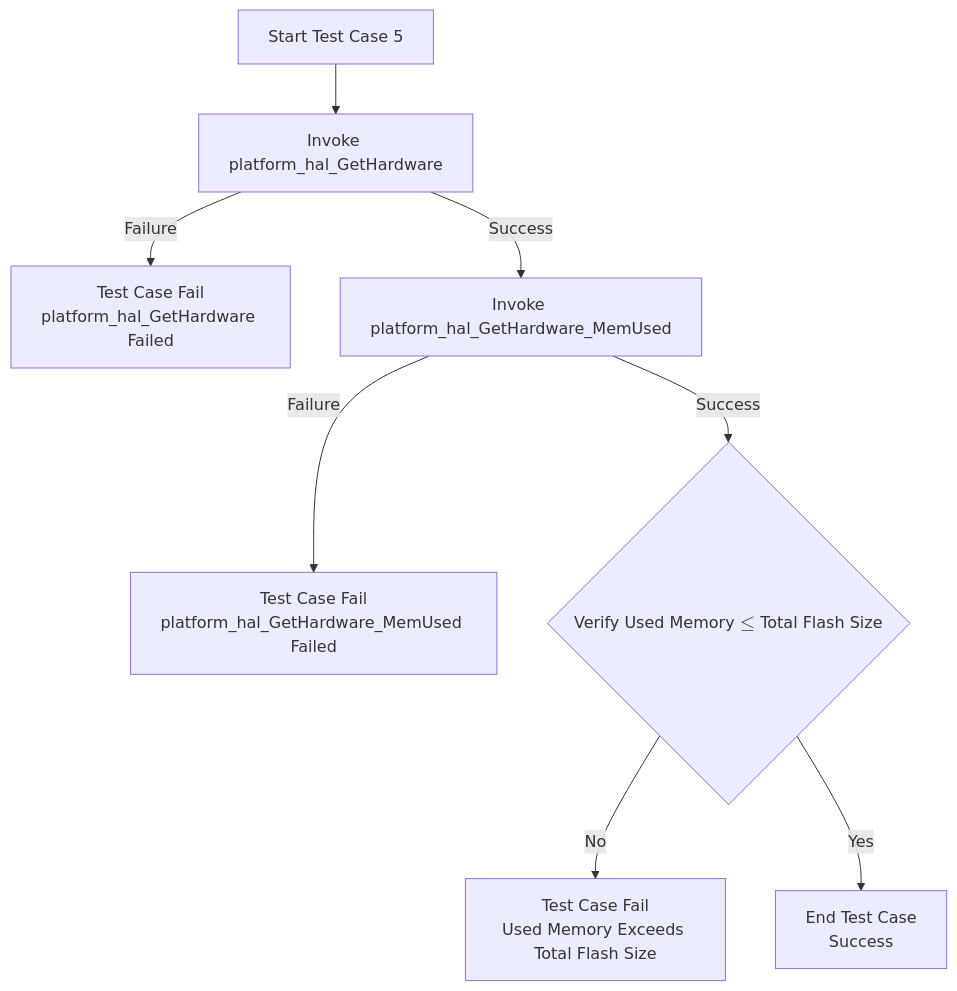
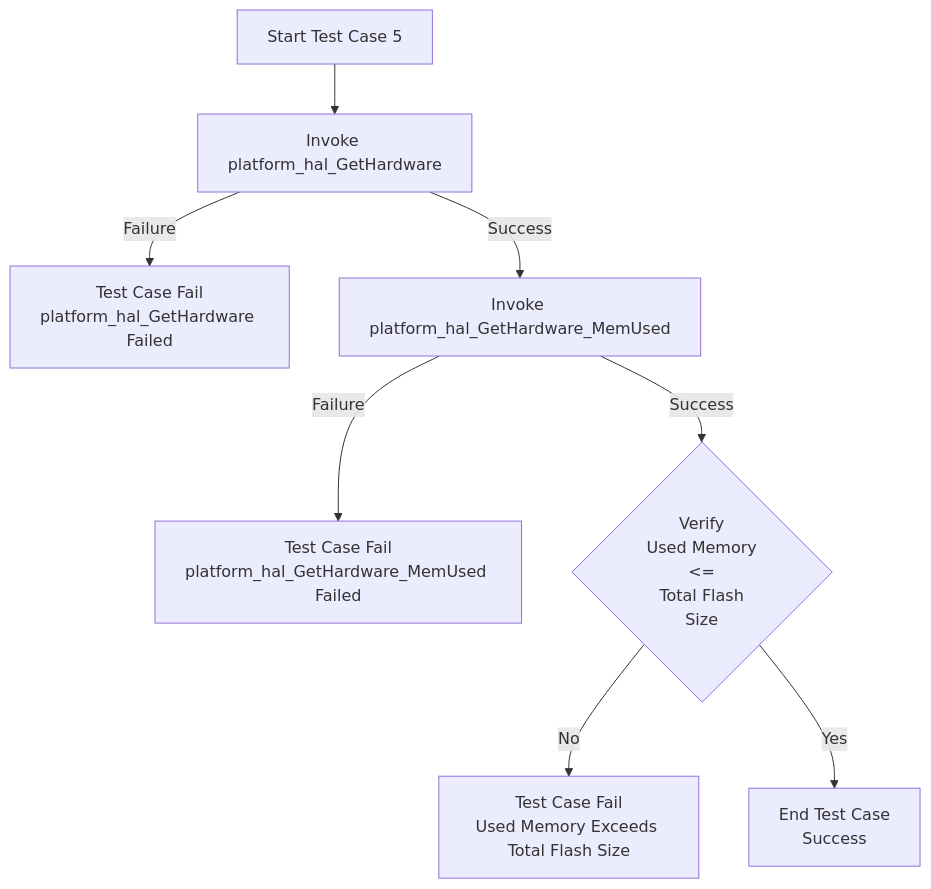
One commit to rdkcentral/rdkb-halif-test-platform changed the fifth of 14 diagrams in docs/pages/platform_hal_mermaid.md. Above: the diagram before and after it, drawn with Mermaid.

````diff
--- a/docs/pages/platform_hal_mermaid.md
+++ b/docs/pages/platform_hal_mermaid.md
@@ -67,10 +67,10 @@
 ```mermaid
 flowchart TD
     A[Start Test Case 5] --> B[Invoke platform_hal_GetHardware]
     B -->|Failure| X[Test Case Fail<br>platform_hal_GetHardware Failed]
     B -->|Success| C[Invoke platform_hal_GetHardware_MemUsed]
     C -->|Failure| Y[Test Case Fail<br>platform_hal_GetHardware_MemUsed Failed]
-    C -->|Success| D{Verify <br>Used Memory <br> $$\leq$$ <br> Total Flash <br> Size}
+    C -->|Success| D{Verify <br>Used Memory <br> <= <br> Total Flash <br> Size}
     D -->|No| F[Test Case Fail<br>Used Memory Exceeds Total Flash Size]
     D -->|Yes| E[End Test Case<br>Success]
 ```
````
